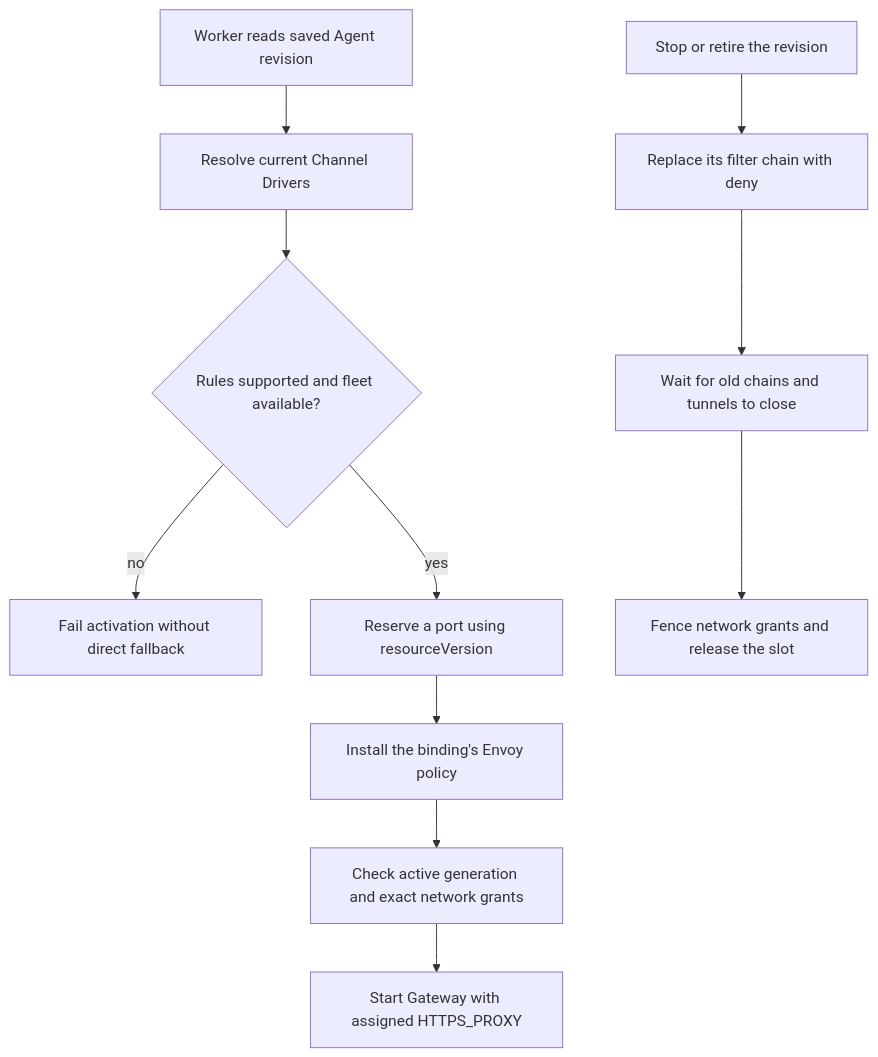
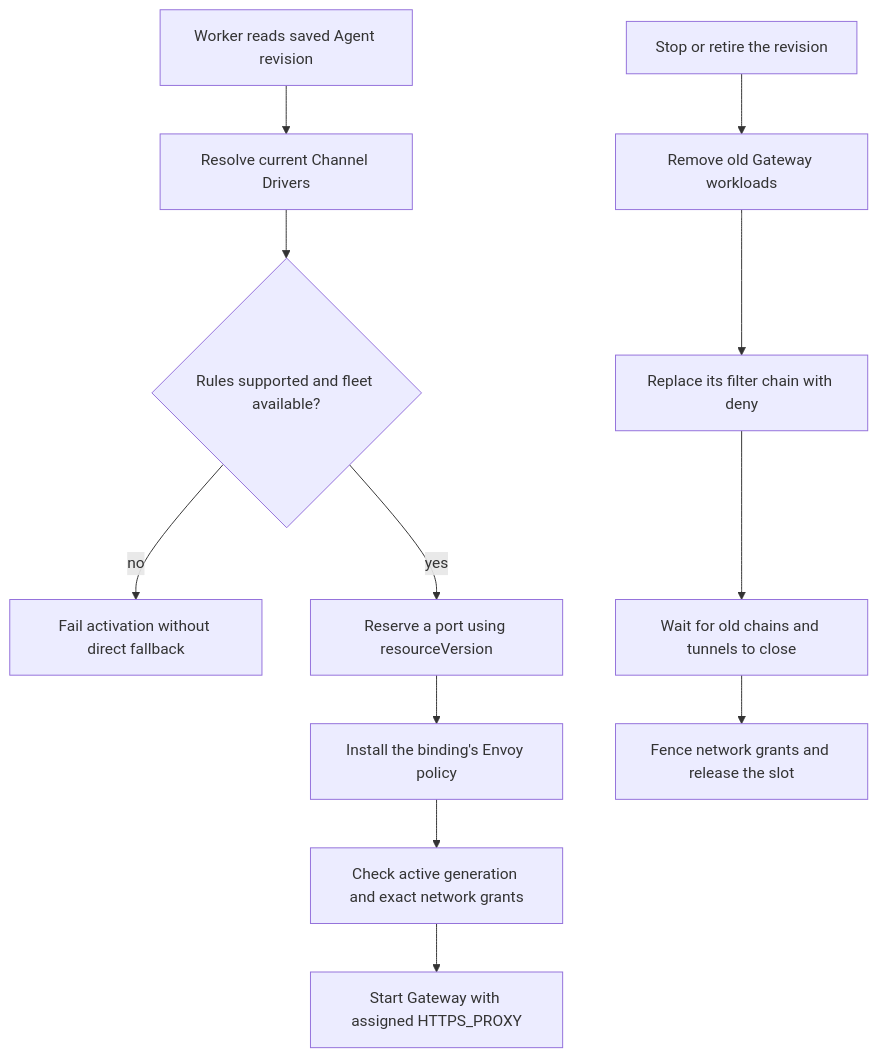
One commit to openclaw/openclaw-enterprise changed the diagram in docs/flows/channel-egress.md. Above: the diagram before and after it, drawn with Mermaid. The commit also changed other lines of this file and 23 other files, not shown here.

````diff
--- a/docs/flows/channel-egress.md
+++ b/docs/flows/channel-egress.md
@@ -31,13 +31,14 @@
 ```mermaid
 graph TD
   A["Worker reads saved Agent revision"] --> B["Resolve current Channel Drivers"]
   B --> C{"Rules supported and fleet available?"}
   C -->|no| X["Fail activation without direct fallback"]
   C -->|yes| D["Reserve a port using resourceVersion"]
   D --> E["Install the binding's Envoy policy"]
   E --> F["Check active generation and exact network grants"]
   F --> G["Start Gateway with assigned HTTPS_PROXY"]
-  R["Stop or retire the revision"] --> S["Replace its filter chain with deny"]
+  R["Stop or retire the revision"] --> V["Remove old Gateway workloads"]
+  V --> S["Replace its filter chain with deny"]
   S --> T["Wait for old chains and tunnels to close"]
   T --> U["Fence network grants and release the slot"]
 ```
````
